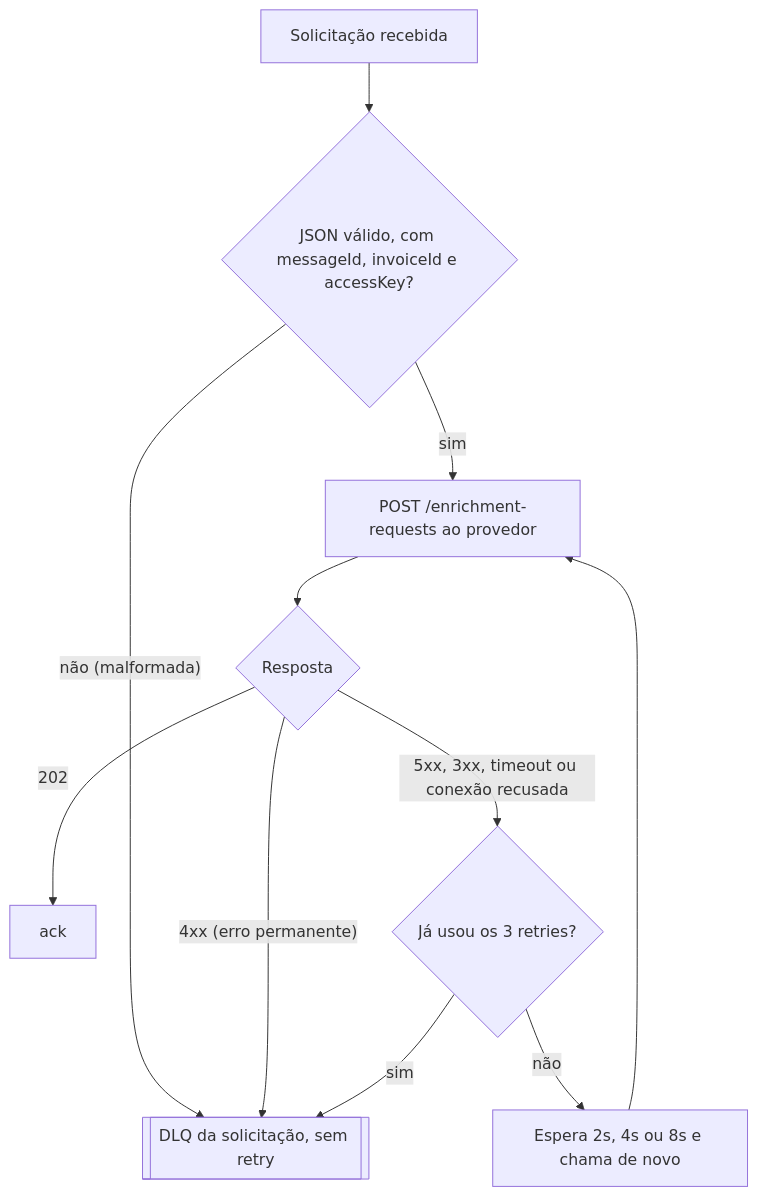
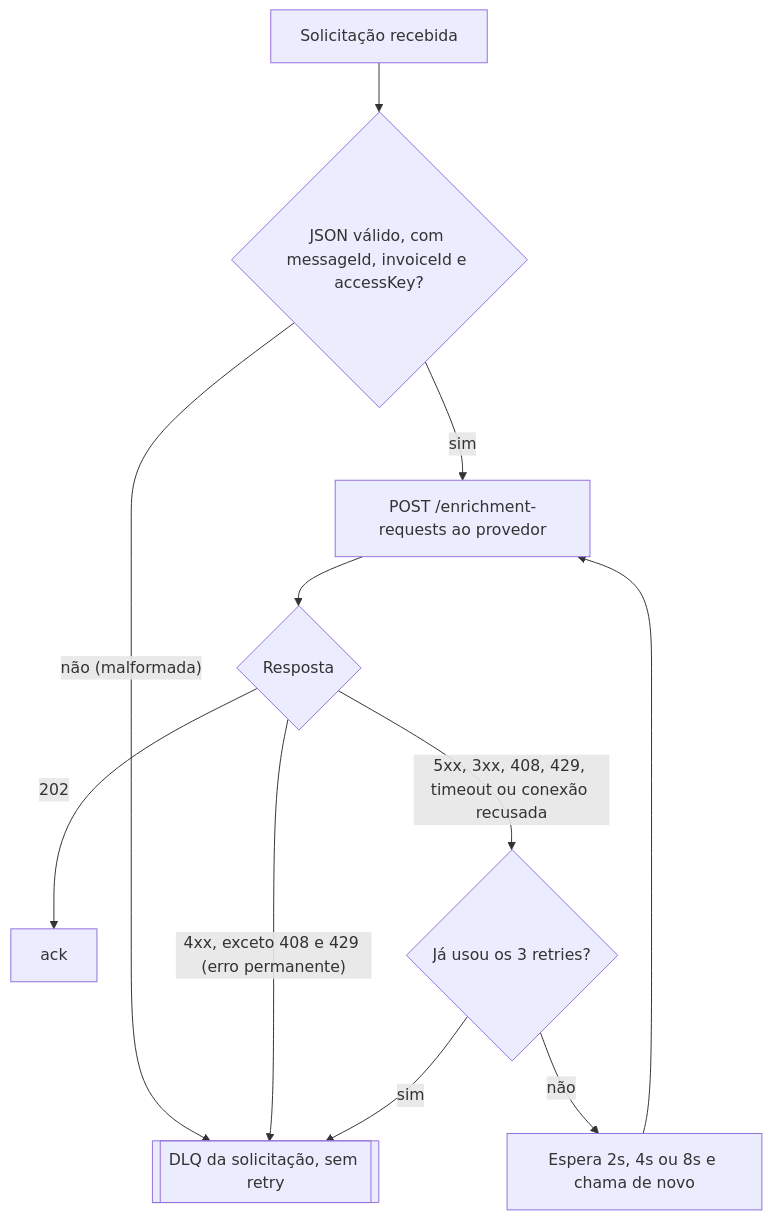
One commit to Matheus-Bezerra/invoice-processing-pipeline changed the sixth of 9 diagrams in docs/flow.md. Above: the diagram before and after it, drawn with Mermaid. The commit also changed other lines of this file and 6 other files, not shown here.

````diff
--- a/docs/flow.md
+++ b/docs/flow.md
@@ -195,13 +195,13 @@
 ```mermaid
 flowchart TD
     A["Solicitação recebida"] --> B{"JSON válido, com messageId, invoiceId e accessKey?"}
     B -- "não (malformada)" --> DLQ[["DLQ da solicitação, sem retry"]]
     B -- "sim" --> C["POST /enrichment-requests ao provedor"]
     C --> D{"Resposta"}
     D -- "202" --> ACK["ack"]
-    D -- "4xx (erro permanente)" --> DLQ
-    D -- "5xx, 3xx, timeout ou conexão recusada" --> RT{"Já usou os 3 retries?"}
+    D -- "4xx, exceto 408 e 429 (erro permanente)" --> DLQ
+    D -- "5xx, 3xx, 408, 429, timeout ou conexão recusada" --> RT{"Já usou os 3 retries?"}
     RT -- "não" --> WT["Espera 2s, 4s ou 8s e chama de novo"]
     WT --> C
     RT -- "sim" --> DLQ
 ```
````
